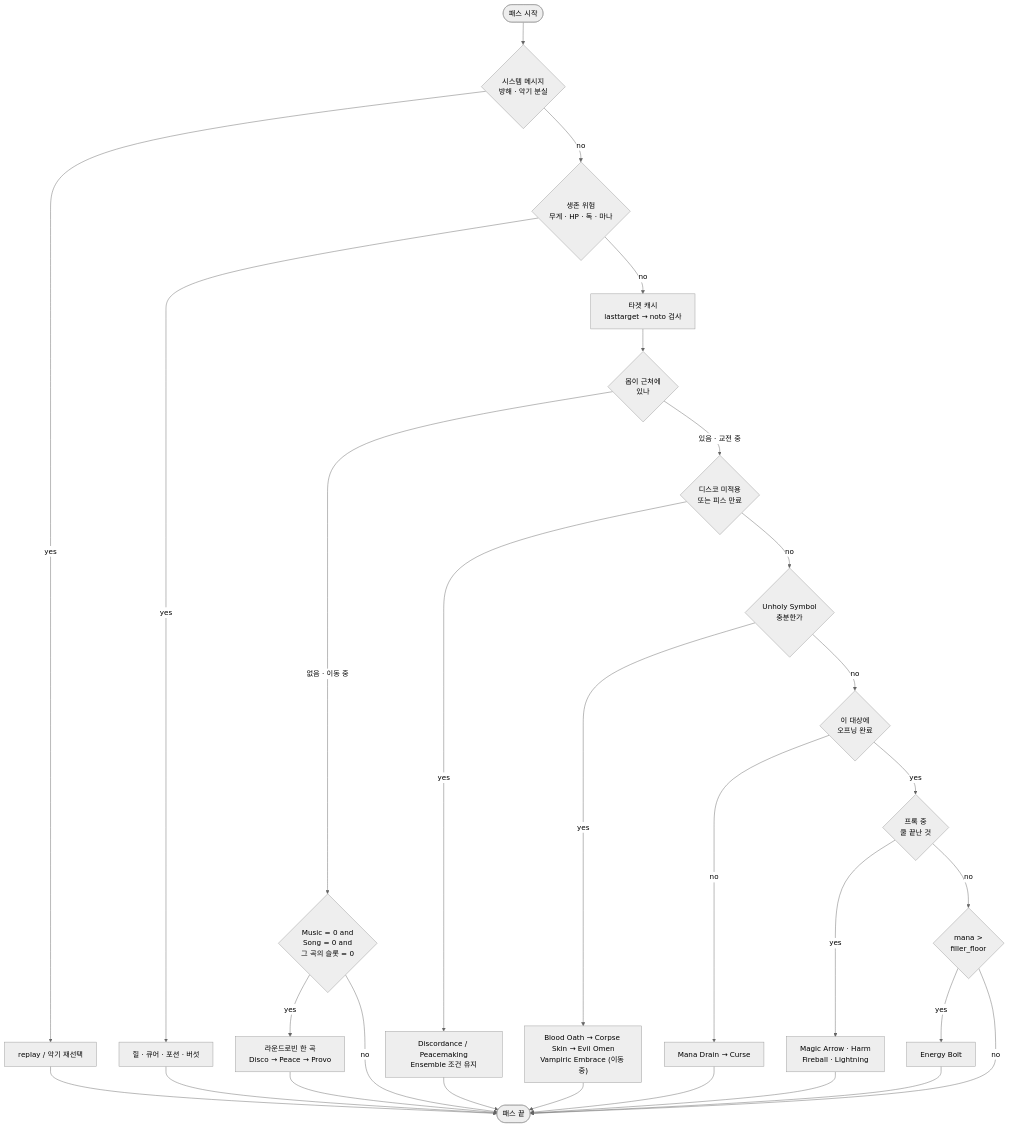
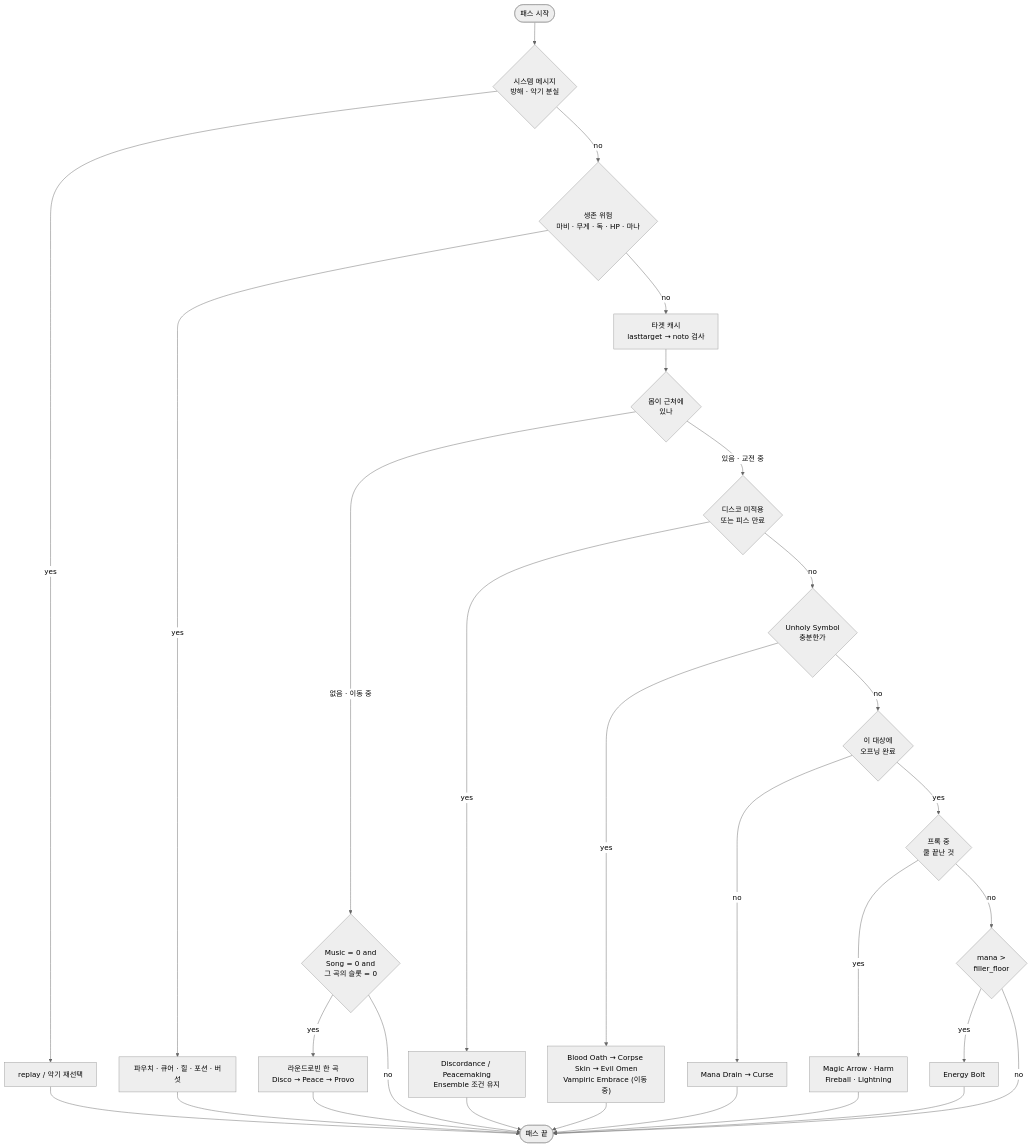
One commit to minu-ha/uoo changed the diagram in library/bard-necro-combat-design.md. Above: the diagram before and after it, drawn with Mermaid (neutral theme). The commit also changed other lines of this file, not shown here.

````diff
--- a/library/bard-necro-combat-design.md
+++ b/library/bard-necro-combat-design.md
@@ -28,44 +28,44 @@
 ```mermaid
 flowchart TD
     S([패스 시작]) --> M0
 
     M0{"시스템 메시지<br/>방해 · 악기 분실"}
     M0 -->|yes| A0["replay / 악기 재선택"] --> E
     M0 -->|no| M1
 
-    M1{"생존 위험<br/>무게 · HP · 독 · 마나"}
-    M1 -->|yes| A1["힐 · 큐어 · 포션 · 버섯"] --> E
+    M1{"생존 위험<br/>마비 · 무게 · 독 · HP · 마나"}
+    M1 -->|yes| A1["파우치 · 큐어 · 힐 · 포션 · 버섯"] --> E
     M1 -->|no| M2
 
     M2["타겟 캐시<br/>lasttarget → noto 검사"] --> M3
 
     M3{"몹이 근처에<br/>있나"}
     M3 -->|"없음 · 이동 중"| SONG
     M3 -->|"있음 · 교전 중"| SKILL
 
     SONG{"Music = 0 and<br/>Song = 0 and<br/>그 곡의 슬롯 = 0"}
     SONG -->|yes| ASONG["라운드로빈 한 곡<br/>Disco → Peace → Provo"] --> E
     SONG -->|no| E
 
     SKILL{"디스코 미적용<br/>또는 피스 만료"}
     SKILL -->|yes| ASKILL["Discordance / Peacemaking<br/>Ensemble 조건 유지"] --> E
     SKILL -->|no| NECRO
 
     NECRO{"Unholy Symbol<br/>충분한가"}
     NECRO -->|yes| ANECRO["Blood Oath → Corpse Skin → Evil Omen<br/>Vampiric Embrace (이동 중)"] --> E
     NECRO -->|no| OPEN
 
     OPEN{"이 대상에<br/>오프닝 완료"}
     OPEN -->|no| AOPEN["Mana Drain → Curse"] --> E
     OPEN -->|yes| PROC
 
     PROC{"프록 중<br/>쿨 끝난 것"}
     PROC -->|yes| APROC["Magic Arrow · Harm<br/>Fireball · Lightning"] --> E
     PROC -->|no| FILL
 
     FILL{"mana ><br/>filler_floor"}
     FILL -->|yes| AFILL["Energy Bolt"] --> E
     FILL -->|no| E
 
     E([패스 끝])
 ```
````
